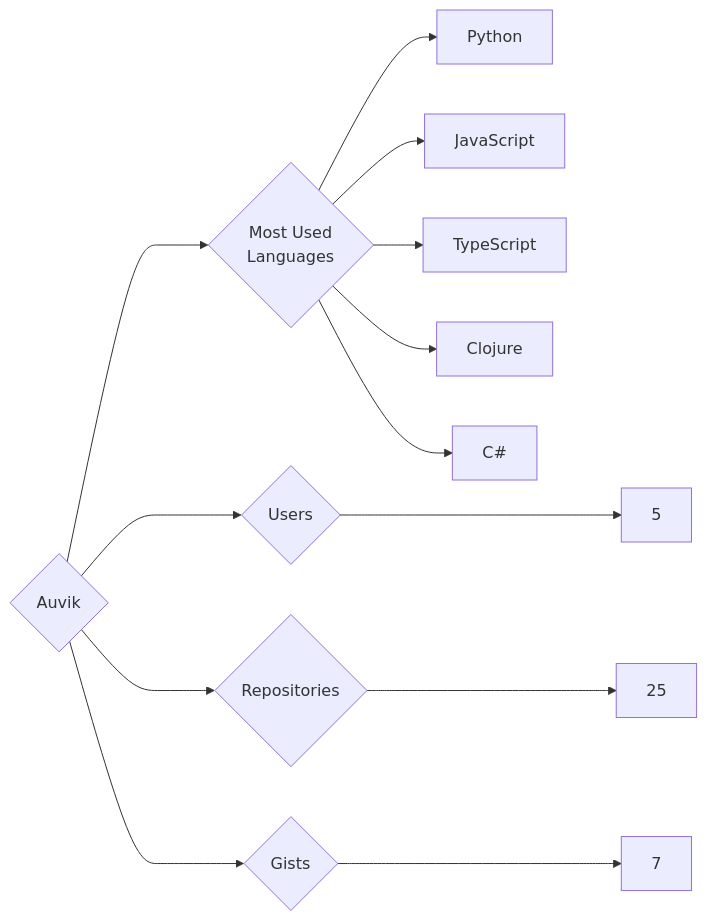
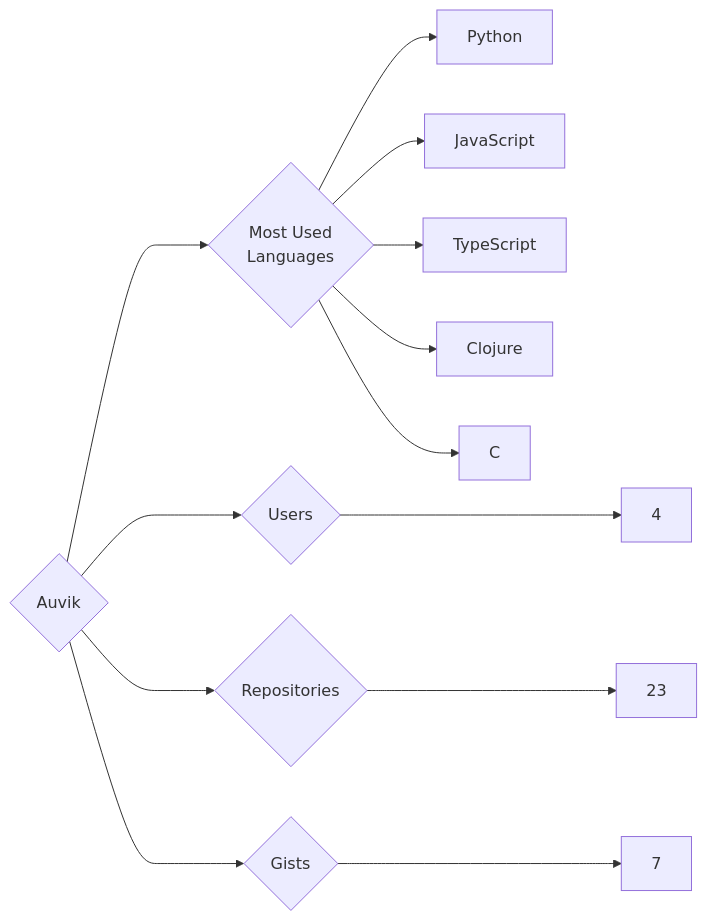
One commit to trickest/insiders changed the diagram in targets/Auvik/README.md. Above: the diagram before and after it, drawn with Mermaid. The commit also changed 1007 other files, not shown here.

````diff
--- a/targets/Auvik/README.md
+++ b/targets/Auvik/README.md
@@ -3,13 +3,13 @@
 ```mermaid
 graph LR
 COMPANY_NAME{Auvik}
-COMPANY_NAME ---> U{Users} ---> UN[5]
-COMPANY_NAME ---> R{Repositories} ---> RN[25]
+COMPANY_NAME ---> U{Users} ---> UN[4]
+COMPANY_NAME ---> R{Repositories} ---> RN[23]
 COMPANY_NAME ---> G{Gists} ---> GN[7]
 COMPANY_NAME ---> ML{Most Used<br>Languages}
 ML --> Python[Python]
 ML --> JavaScript[JavaScript]
 ML --> TypeScript[TypeScript]
 ML --> Clojure[Clojure]
-ML --> C#[C#]
+ML --> C[C]
 ```
````
